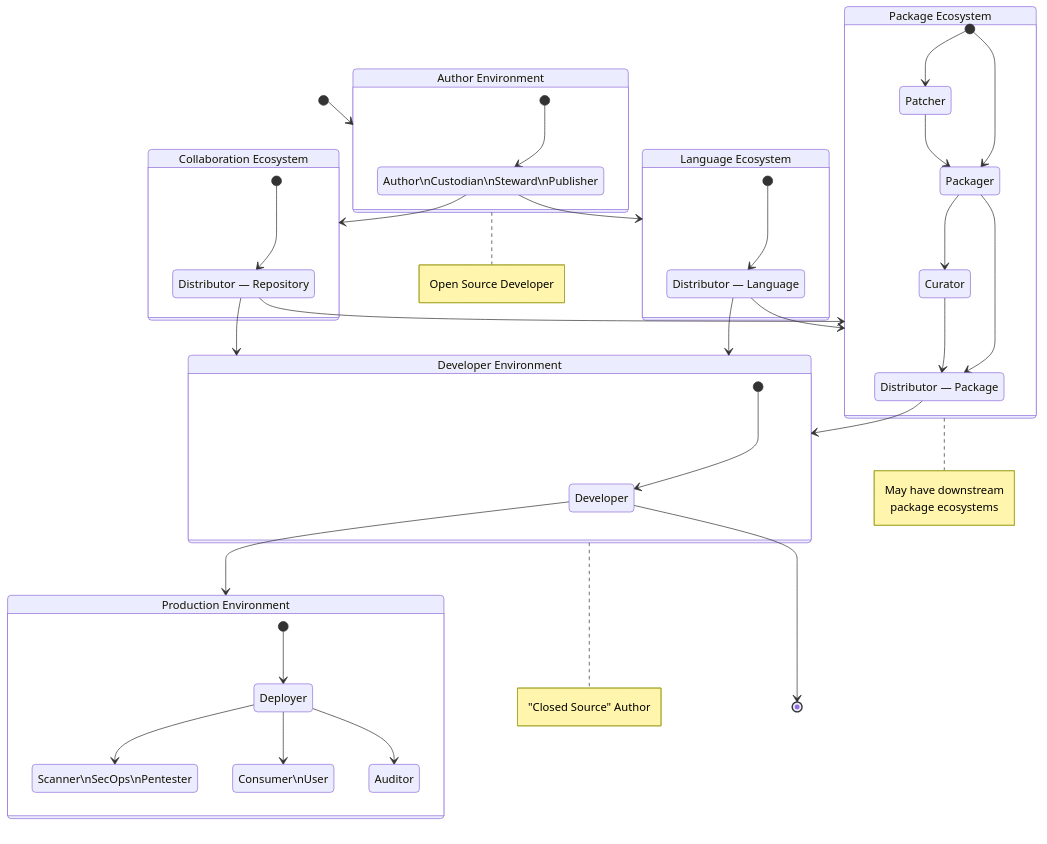
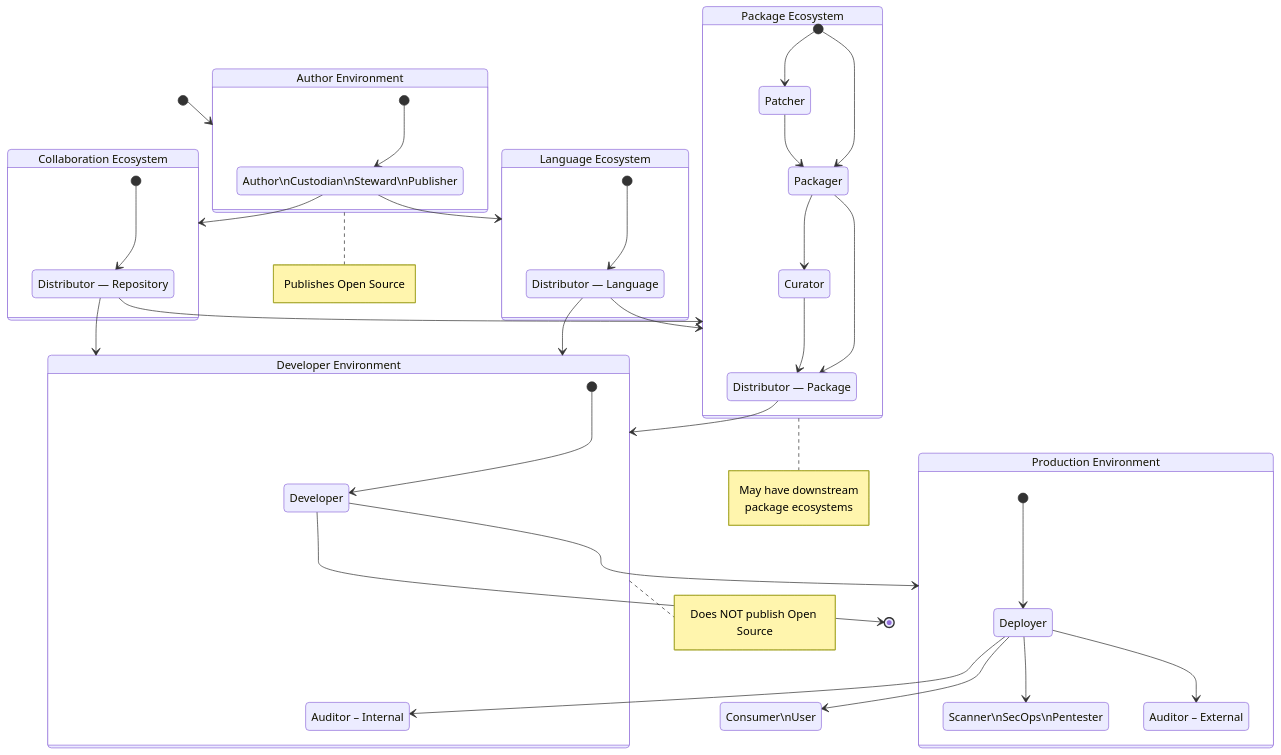
The diagram in docs/CPAN-supplychain-full.md (CPAN-Security/security.metacpan.org), drawn with Mermaid before and after one commit.

Commit message:
Add some corrections gathered at FOSDEM Fringe

````diff
--- a/docs/CPAN-supplychain-full.md
+++ b/docs/CPAN-supplychain-full.md
@@ -3,80 +3,80 @@
 ```mermaid
 stateDiagram-v2
     state "Author\nCustodian\nSteward\nPublisher" as author
     state "Distributor — Repository" as distributor_repo 
     state "Distributor — Language" as distributor_lang 
     state "Distributor — Package" as distributor_package
     state "Patcher" as patcher
     state "Packager" as packager
     state "Curator" as curator
     state "Developer" as developer
     state "Deployer" as deployer
     state "Scanner\nSecOps\nPentester" as scanner
     state "Consumer\nUser" as consumer
-    state "Auditor" as auditor
+    state "Auditor – Internal" as auditor_internal
+    state "Auditor – External" as auditor_external
 
 	[*] --> ecosystem_author
 
 	state "Author Environment" as ecosystem_author {
     	[*] --> author
     }
 
     author --> ecosystem_repo
     author --> ecosystem_lang
 
 	note right of ecosystem_author
-		Open Source Developer
+		Publishes Open Source
 	end note
 
     state "Language Ecosystem" as ecosystem_lang {
     	[*] --> distributor_lang
     }
 
 	distributor_lang --> ecosystem_developer
 	distributor_lang --> ecosystem_package
 
 	state "Collaboration Ecosystem" as ecosystem_repo {
 		[*] --> distributor_repo
 	}
 
    	distributor_repo --> ecosystem_package
     distributor_repo --> ecosystem_developer
 
 	state "Package Ecosystem" as ecosystem_package {
 		[*] --> patcher
 		[*] --> packager
     	patcher --> packager
     	packager --> curator
     	packager --> distributor_package
     	curator --> distributor_package
 	}
 
 	note right of ecosystem_package
 		May have downstream
 		package ecosystems
 	end note
 
     distributor_package --> ecosystem_developer
 
 	state "Developer Environment" as ecosystem_developer {
 		[*] --> developer
+    	deployer --> auditor_internal
 	}
 
 	note right of ecosystem_developer
-		"Closed Source" Author
+		Does NOT publish Open Source
 	end note
 
     developer --> ecosystem_prod
+    developer --> [*]
 
 	state "Production Environment" as ecosystem_prod {
 		[*] --> deployer
     	deployer --> scanner
-    	deployer --> consumer
-    	deployer --> auditor
-
+    	deployer --> auditor_external
 	}
 
-    developer --> [*]
-
+    deployer --> consumer
 
 ```
````
